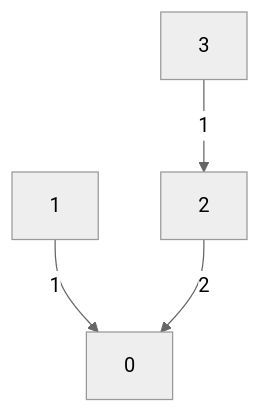
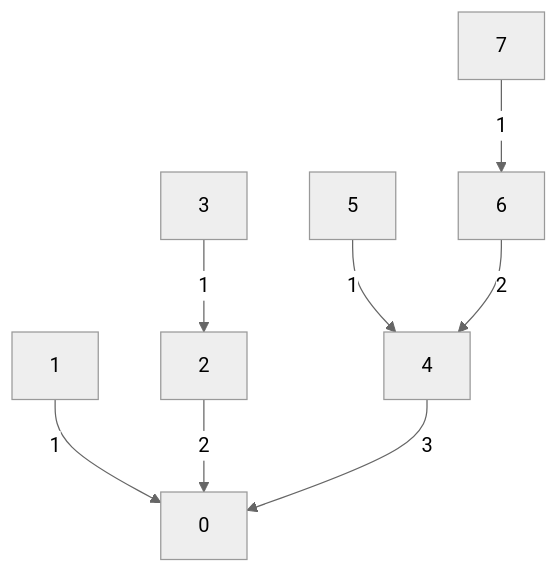
Before and after one commit to chen-yingfa/introduction-to-big-data-systems: the second of 2 diagrams in mpi-reduce/src/report.md, drawn with Mermaid (neutral theme). The commit also changed other lines of this file and 1 other file, not shown here.

````diff
--- a/mpi-reduce/src/report.md
+++ b/mpi-reduce/src/report.md
@@ -23,6 +35,10 @@
 ```mermaid
 flowchart TD
 	1 --1--> 0
 	3 --1--> 2
 	2 --2--> 0
+	5 --1--> 4
+	7 --1--> 6
+    4 --3--> 0
+    6 --2--> 4
 ```
````
